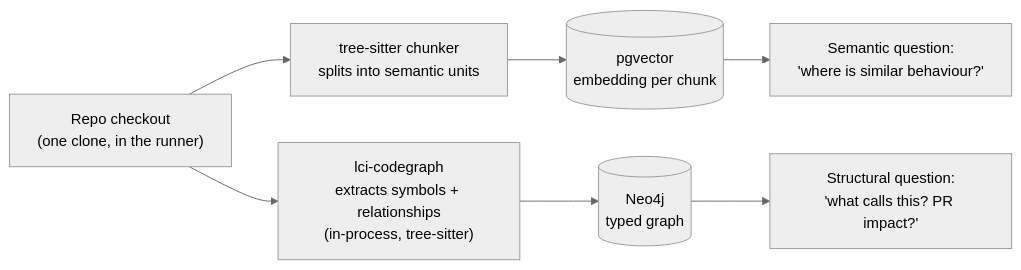
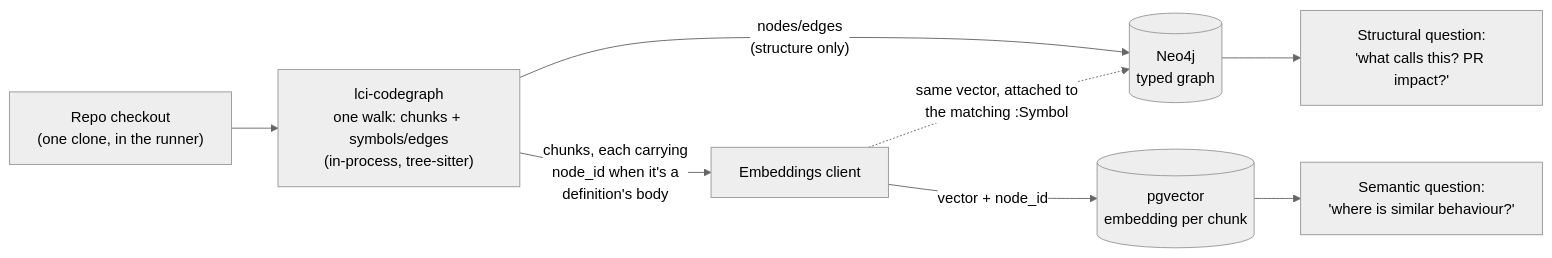
Before and after one commit to ADORSYS-GIS/lightbridge-code-intelligence: the second of 4 diagrams in README.md, drawn with Mermaid (neutral theme). The commit also changed other lines of this file and 2 other files, not shown here.

First line of the commit message:
docs(readme): reflect the one-walk indexing architecture (ADR-0116) (#676)

````diff
--- a/README.md
+++ b/README.md
@@ -108,13 +108,14 @@
 ```mermaid
 flowchart LR
     SRC["Repo checkout<br/>(one clone, in the runner)"]
 
-    SRC --> TS["tree-sitter chunker<br/>splits into semantic units"]
-    SRC --> GFY["lci-codegraph<br/>extracts symbols + relationships<br/>(in-process, tree-sitter)"]
+    SRC --> GFY["lci-codegraph<br/>one walk: chunks + symbols/edges<br/>(in-process, tree-sitter)"]
 
-    TS --> VEC[("pgvector<br/>embedding per chunk")]
-    GFY --> NEO[("Neo4j<br/>typed graph")]
+    GFY -->|"nodes/edges<br/>(structure only)"| NEO[("Neo4j<br/>typed graph")]
+    GFY -->|"chunks, each carrying<br/>node_id when it's a<br/>definition's body"| EMB["Embeddings client"]
+    EMB -->|"vector + node_id"| VEC[("pgvector<br/>embedding per chunk")]
+    EMB -. "same vector, attached to<br/>the matching :Symbol" .-> NEO
 
     VEC --> QS["Semantic question:<br/>'where is similar behaviour?'"]
     NEO --> QG["Structural question:<br/>'what calls this? PR impact?'"]
 ```
````
